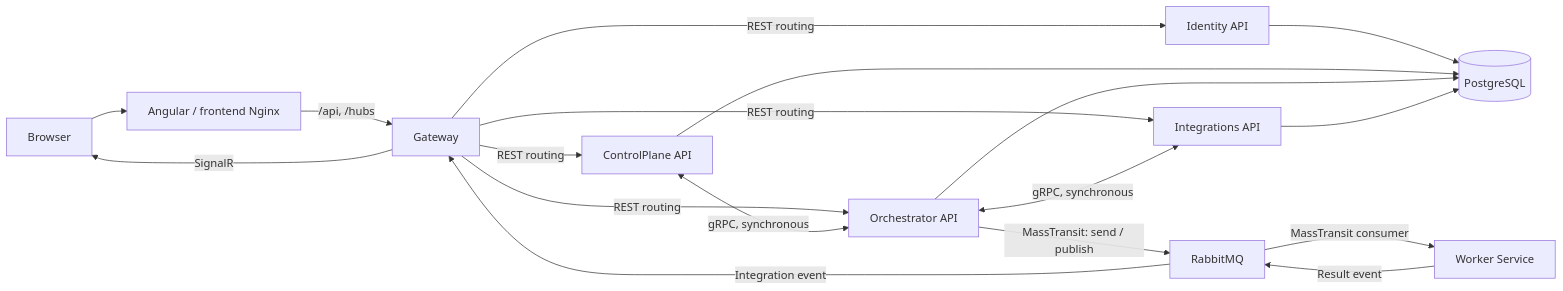
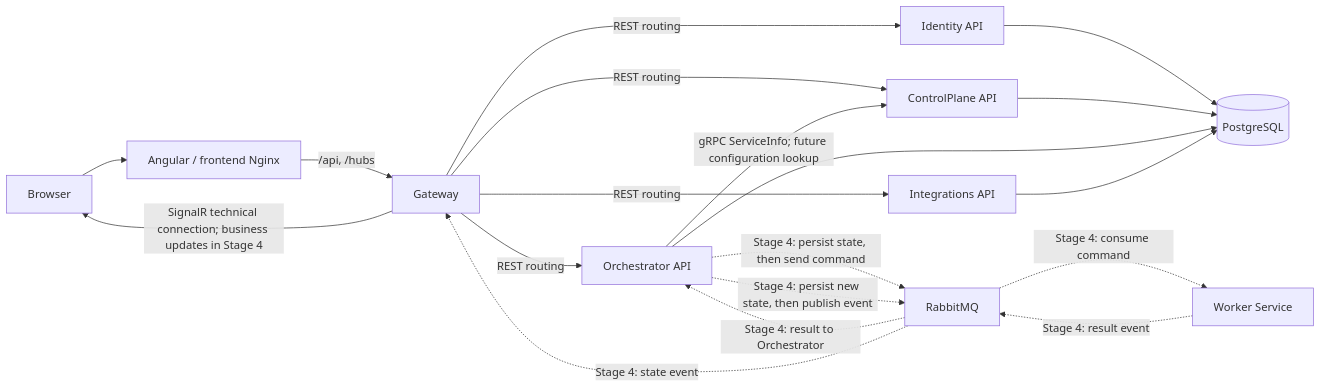
The diagram in README.md (SqeeZarion/AiControlCenter), drawn with Mermaid before and after one commit. The commit also changed other lines of this file and 132 other files, not shown here.

````diff
--- a/README.md
+++ b/README.md
@@ -12,25 +22,26 @@
 ```mermaid
 flowchart LR
     B["Browser"] --> F["Angular / frontend Nginx"]
     F -->|"/api, /hubs"| G["Gateway"]
 
     G -->|"REST routing"| ID["Identity API"]
     G -->|"REST routing"| CP["ControlPlane API"]
     G -->|"REST routing"| OR["Orchestrator API"]
     G -->|"REST routing"| IN["Integrations API"]
 
-    CP <-->|"gRPC, synchronous"| OR
-    OR <-->|"gRPC, synchronous"| IN
+    OR -->|"gRPC ServiceInfo; future configuration lookup"| CP
 
-    OR -->|"MassTransit: send / publish"| MQ["RabbitMQ"]
-    MQ -->|"MassTransit consumer"| W["Worker Service"]
-    W -->|"Result event"| MQ
-    MQ -->|"Integration event"| G
+    OR -.->|"Stage 4: persist state, then send command"| MQ["RabbitMQ"]
+    MQ -.->|"Stage 4: consume command"| W["Worker Service"]
+    W -.->|"Stage 4: result event"| MQ
+    MQ -.->|"Stage 4: result to Orchestrator"| OR
+    OR -.->|"Stage 4: persist new state, then publish event"| MQ
+    MQ -.->|"Stage 4: state event"| G
 
-    G -->|"SignalR"| B
+    G -->|"SignalR technical connection; business updates in Stage 4"| B
 
     ID --> PG[("PostgreSQL")]
     CP --> PG
     OR --> PG
     IN --> PG
 ```
````
